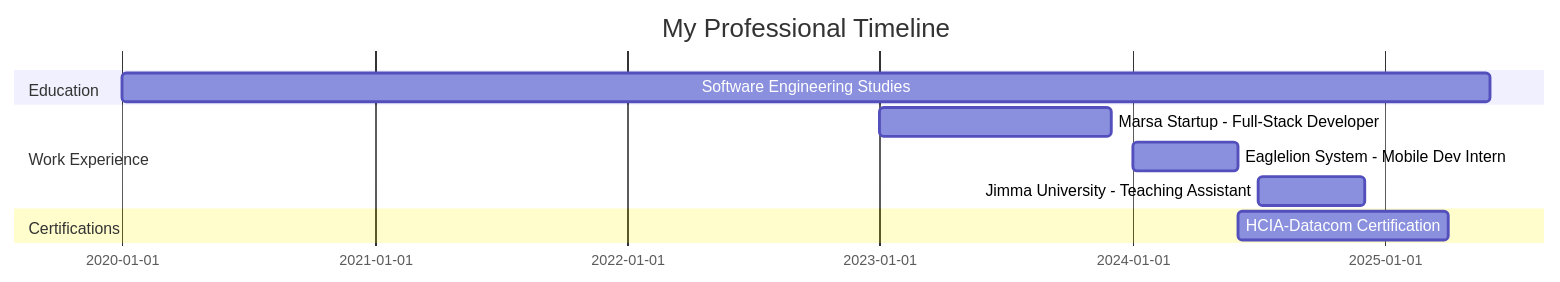
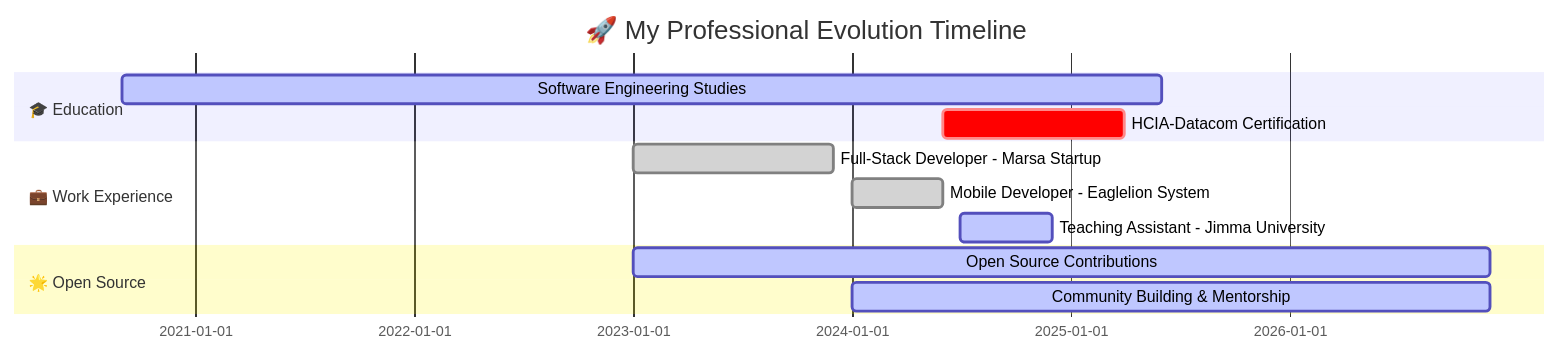
Before and after one commit to Gemeda4927/Gemeda4927: the first of 2 diagrams in README.md, drawn with Mermaid. The commit also changed other lines of this file, not shown here.

````diff
--- a/README.md
+++ b/README.md
@@ -272,13 +385,17 @@
 ```mermaid
 gantt
-    title My Professional Timeline
+    title 🚀 My Professional Evolution Timeline
     dateFormat YYYY-MM
-    section Education
-    Software Engineering Studies :2020-01, 2025-06
-    section Work Experience
-    Marsa Startup - Full-Stack Developer :2023-01, 2023-12
-    Eaglelion System - Mobile Dev Intern :2024-01, 2024-06
-    Jimma University - Teaching Assistant :2024-07, 2024-12
-    section Certifications
-    HCIA-Datacom Certification :2024-06, 2025-04
+    section 🎓 Education
+    Software Engineering Studies          :active, 2020-09, 2025-06
+    HCIA-Datacom Certification            :crit, 2024-06, 2025-04
+    
+    section 💼 Work Experience
+    Full-Stack Developer - Marsa Startup  :done, 2023-01, 2023-12
+    Mobile Developer - Eaglelion System   :done, 2024-01, 2024-06
+    Teaching Assistant - Jimma University :active, 2024-07, 2024-12
+    
+    section 🌟 Open Source
+    Open Source Contributions             :active, 2023-01, 2026-12
+    Community Building & Mentorship       :active, 2024-01, 2026-12
 ```
````
